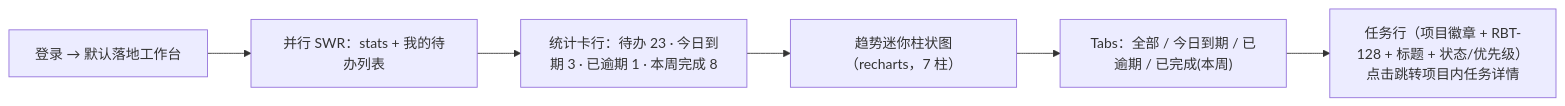
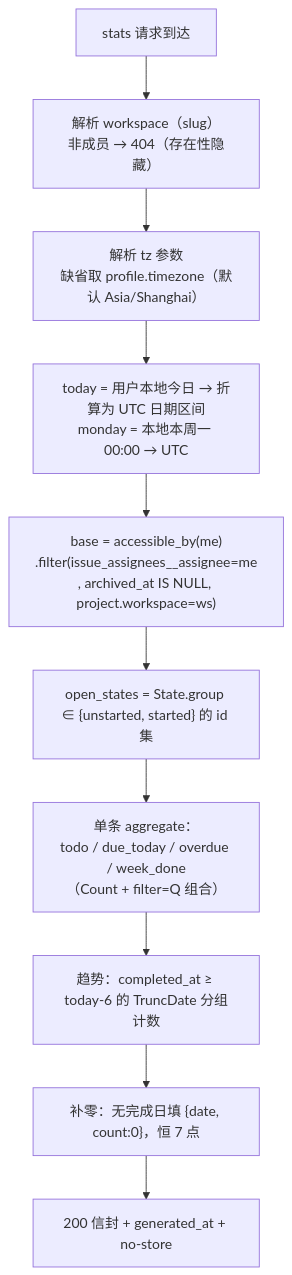
One commit to RabbitAI-Lab/RabbitProjects changed the second of 3 diagrams in docs/sprint-1-mvp/RPT-001-personal-stats.md. Above: the diagram before and after it, drawn with Mermaid. The commit also changed other lines of this file and 86 other files, not shown here.

````diff
--- a/docs/sprint-1-mvp/RPT-001-personal-stats.md
+++ b/docs/sprint-1-mvp/RPT-001-personal-stats.md
@@ -72,8 +133,12 @@
 ```mermaid
-flowchart LR
-    A["登录 → 默认落地工作台"] --> B["并行 SWR：stats + 我的待办列表"]
-    B --> C["统计卡行：待办 23 · 今日到期 3 · 已逾期 1 · 本周完成 8"]
-    C --> D["趋势迷你柱状图（recharts，7 柱）"]
-    D --> E["Tabs：全部 / 今日到期 / 已逾期 / 已完成(本周)"]
-    E --> F["任务行（项目徽章 + RBT-128 + 标题 + 状态/优先级）<br/>点击跳转项目内任务详情"]
+flowchart TD
+    A["stats 请求到达"] --> B["解析 workspace（slug）<br/>非成员 → 404（存在性隐藏）"]
+    B --> C["解析 tz 参数<br/>缺省取 profile.timezone（默认 Asia/Shanghai）"]
+    C --> D["today = 用户本地今日 → 折算为 UTC 日期区间<br/>monday = 本地本周一 00:00 → UTC"]
+    D --> E["base = accessible_by(me)<br/>.filter(issue_assignees__assignee=me<br/>, archived_at IS NULL, project.workspace=ws)"]
+    E --> F["open_states = State.group ∈ {unstarted, started} 的 id 集"]
+    F --> G["单条 aggregate：<br/>todo / due_today / overdue / week_done<br/>（Count + filter=Q 组合）"]
+    G --> H["趋势：completed_at ≥ today-6 的 TruncDate 分组计数"]
+    H --> I["补零：无完成日填 {date, count:0}，恒 7 点"]
+    I --> J["200 信封 + generated_at + no-store"]
 ```
````
